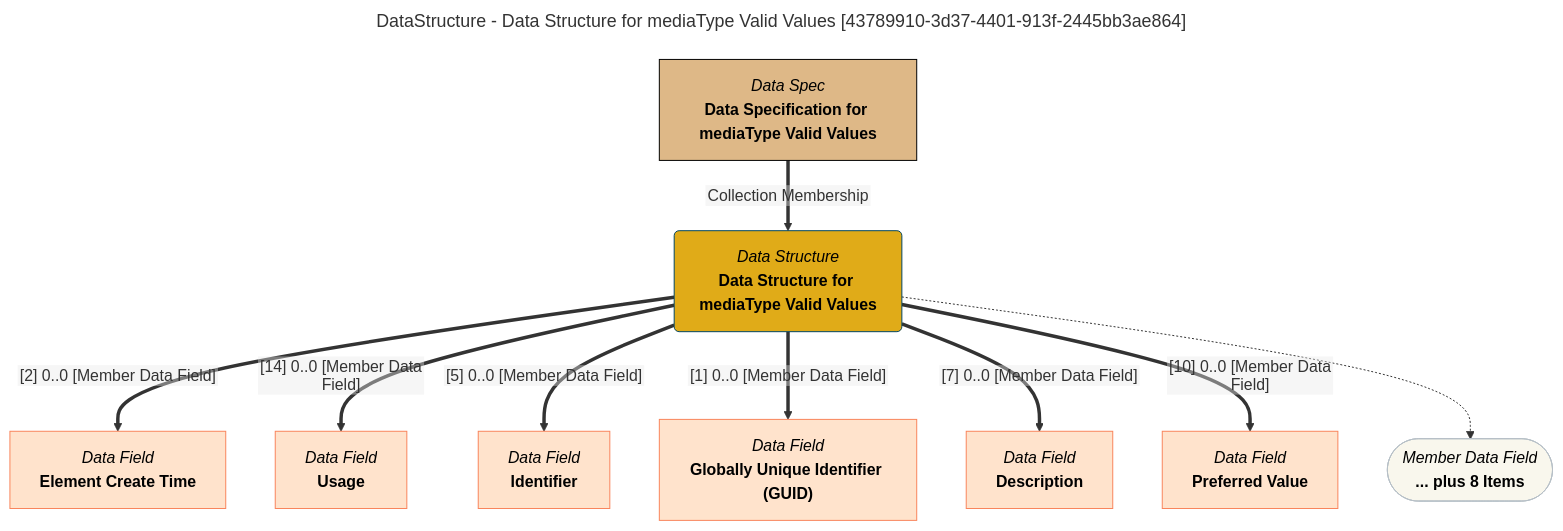
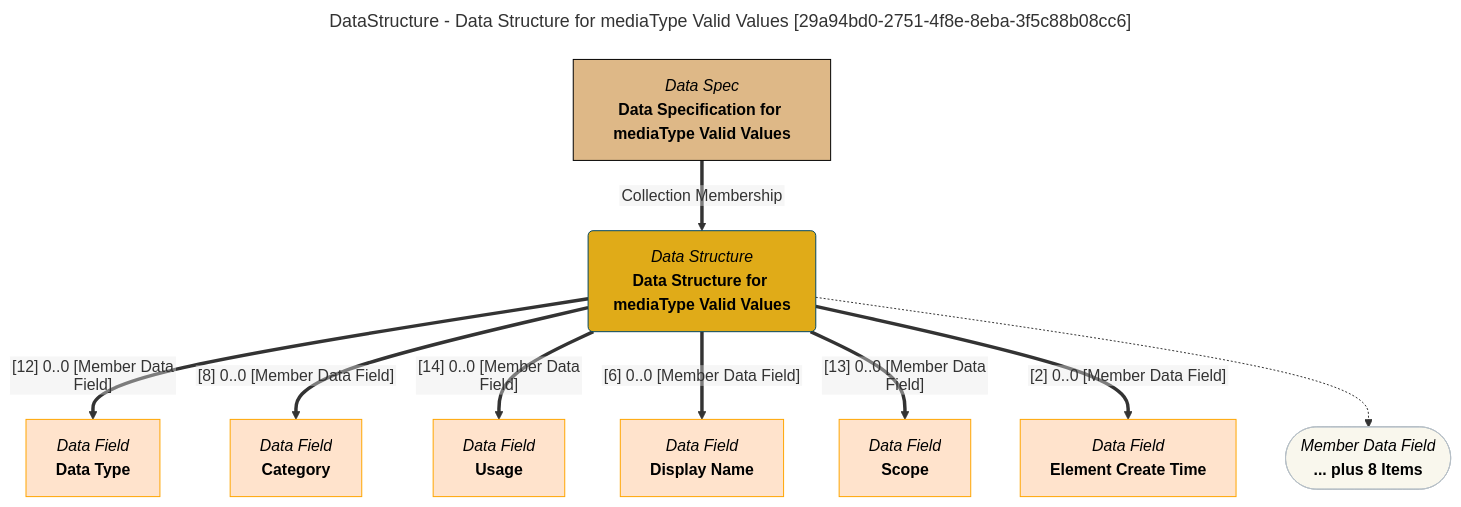
One commit to odpi/egeria-docs changed the diagram in site/snippets/data-structures/data-structure-for-mediatype-valid-values-mermaid-graph.md. Above: the diagram before and after it, drawn with Mermaid. The commit also changed 2201 other files, not shown here.

````diff
--- a/site/snippets/data-structures/data-structure-for-mediatype-valid-values-mermaid-graph.md
+++ b/site/snippets/data-structures/data-structure-for-mediatype-valid-values-mermaid-graph.md
@@ -1,43 +1,43 @@
 ```mermaid
 ---
-title: DataStructure - Data Structure for mediaType Valid Values [43789910-3d37-4401-913f-2445bb3ae864]
+title: DataStructure - Data Structure for mediaType Valid Values [29a94bd0-2751-4f8e-8eba-3f5c88b08cc6]
 ---
 flowchart TD
 %%{init: {"flowchart": {"htmlLabels": false}} }%%
 
 1@{ shape: rounded, label: "*Data Structure*
 **Data Structure for mediaType Valid Values**"}
 2@{ shape: rect, label: "*Data Spec*
 **Data Specification for mediaType Valid Values**"}
 2==>|"Collection Membership"|1
 3@{ shape: rect, label: "*Data Field*
+**Data Type**"}
+1==>|"[12] 0..0 [Member Data Field]"|3
+4@{ shape: rect, label: "*Data Field*
+**Category**"}
+1==>|"[8] 0..0 [Member Data Field]"|4
+5@{ shape: rect, label: "*Data Field*
+**Usage**"}
+1==>|"[14] 0..0 [Member Data Field]"|5
+6@{ shape: rect, label: "*Data Field*
+**Display Name**"}
+1==>|"[6] 0..0 [Member Data Field]"|6
+7@{ shape: rect, label: "*Data Field*
+**Scope**"}
+1==>|"[13] 0..0 [Member Data Field]"|7
+8@{ shape: rect, label: "*Data Field*
 **Element Create Time**"}
-1==>|"[2] 0..0 [Member Data Field]"|3
-4@{ shape: rect, label: "*Data Field*
-**Usage**"}
-1==>|"[14] 0..0 [Member Data Field]"|4
-5@{ shape: rect, label: "*Data Field*
-**Identifier**"}
-1==>|"[5] 0..0 [Member Data Field]"|5
-6@{ shape: rect, label: "*Data Field*
-**Globally Unique Identifier (GUID)**"}
-1==>|"[1] 0..0 [Member Data Field]"|6
-7@{ shape: rect, label: "*Data Field*
-**Description**"}
-1==>|"[7] 0..0 [Member Data Field]"|7
-8@{ shape: rect, label: "*Data Field*
-**Preferred Value**"}
-1==>|"[10] 0..0 [Member Data Field]"|8
+1==>|"[2] 0..0 [Member Data Field]"|8
 9@{ shape: stadium, label: "*Member Data Field*
 **... plus 8 Items**"}
 1-.->9
 style 1 color:#000000, fill:#e0ab18, stroke:#004563
-style 2 color:#000000, fill:#deb887, stroke:#000000
-style 3 color:#000000, fill:#ffe3cc, stroke:#f9845b
-style 4 color:#000000, fill:#ffe3cc, stroke:#f9845b
-style 5 color:#000000, fill:#ffe3cc, stroke:#f9845b
-style 6 color:#000000, fill:#ffe3cc, stroke:#f9845b
-style 7 color:#000000, fill:#ffe3cc, stroke:#f9845b
-style 8 color:#000000, fill:#ffe3cc, stroke:#f9845b
+style 2 color:#000000, fill:#DEB887, stroke:#000000
+style 3 color:#000000, fill:#ffe3cc, stroke:#FFA500
+style 4 color:#000000, fill:#ffe3cc, stroke:#FFA500
+style 5 color:#000000, fill:#ffe3cc, stroke:#FFA500
+style 6 color:#000000, fill:#ffe3cc, stroke:#FFA500
+style 7 color:#000000, fill:#ffe3cc, stroke:#FFA500
+style 8 color:#000000, fill:#ffe3cc, stroke:#FFA500
 style 9 color:#000000, fill:#F9F7ED, stroke:#b7c0c7
 ```
````
